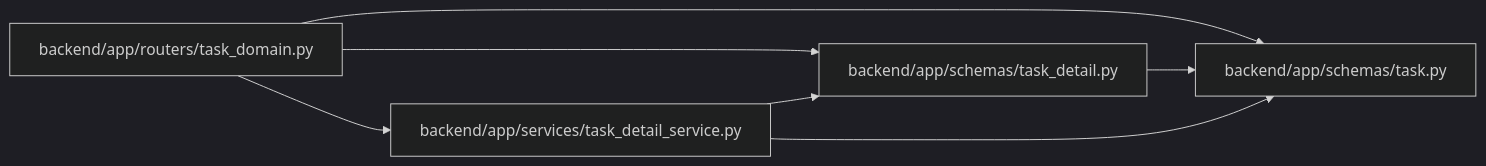
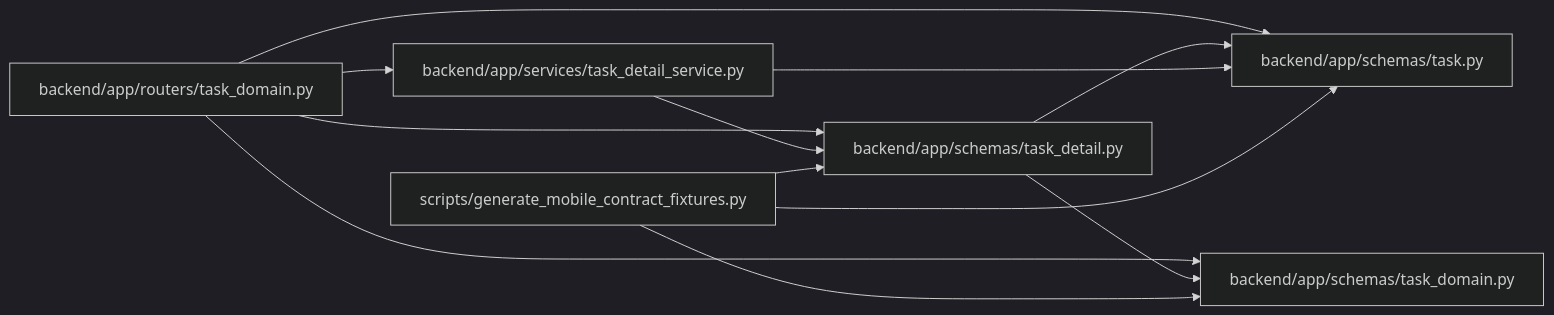
Before and after one commit to Denissvgn/WorkChord: the diagram in docs/llm_wiki/modules/task_detail.md, drawn with Mermaid (dark theme). The commit also changed other lines of this file and 6624 other files, not shown here.

````diff
--- a/docs/llm_wiki/modules/task_detail.md
+++ b/docs/llm_wiki/modules/task_detail.md
@@ -20,17 +21,26 @@
 ```mermaid
 flowchart LR
     n0["backend/app/routers/task_domain.py"]
     n1["backend/app/schemas/task.py"]
     n2["backend/app/schemas/task_detail.py"]
-    n3["backend/app/services/task_detail_service.py"]
+    n3["backend/app/schemas/task_domain.py"]
+    n4["backend/app/services/task_detail_service.py"]
+    n5["scripts/generate_mobile_contract_fixtures.py"]
     n0 --> n1
     n0 --> n2
     n0 --> n3
+    n0 --> n4
     n2 --> n1
-    n3 --> n1
-    n3 --> n2
+    n2 --> n3
+    n4 --> n1
+    n4 --> n2
+    n5 --> n1
+    n5 --> n2
+    n5 --> n3
     click n0 "../modules/routers_task_domain.md"
     click n1 "../modules/schemas_task.md"
     click n2 "../modules/task_detail.md"
-    click n3 "../modules/task_detail_service.md"
+    click n3 "../modules/schemas_task_domain.md"
+    click n4 "../modules/task_detail_service.md"
+    click n5 "../modules/generate_mobile_contract_fixtures.md"
 ```
````
